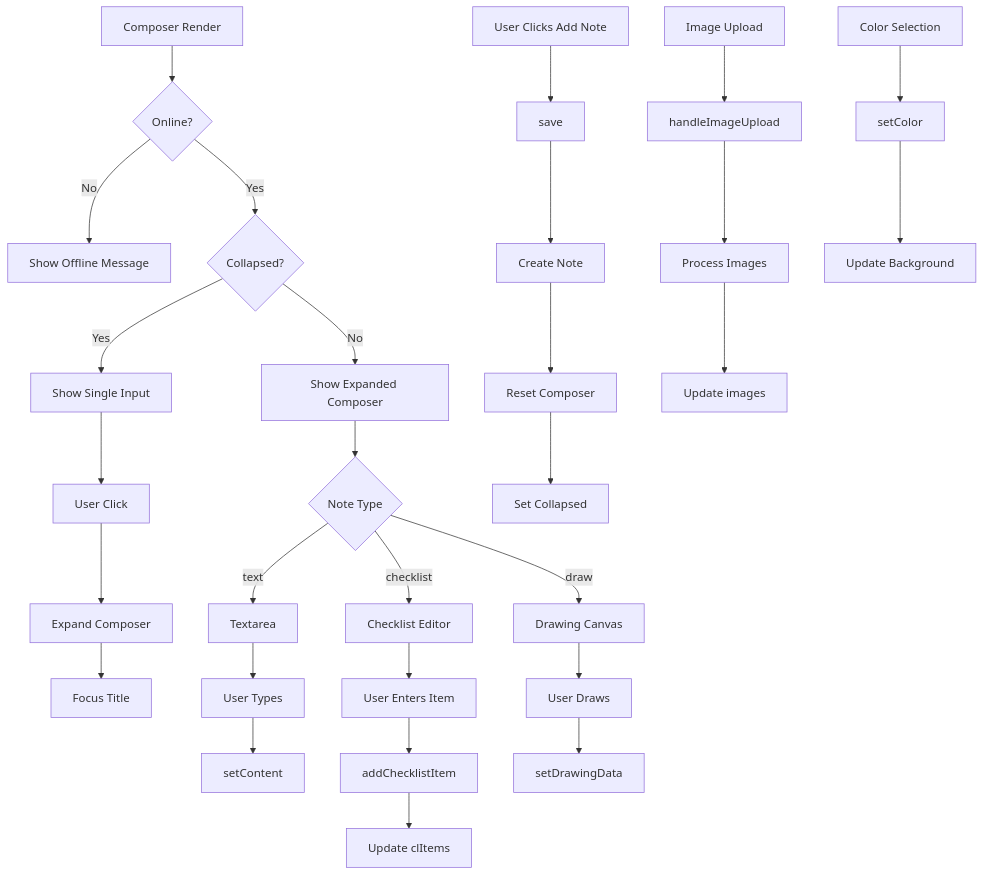
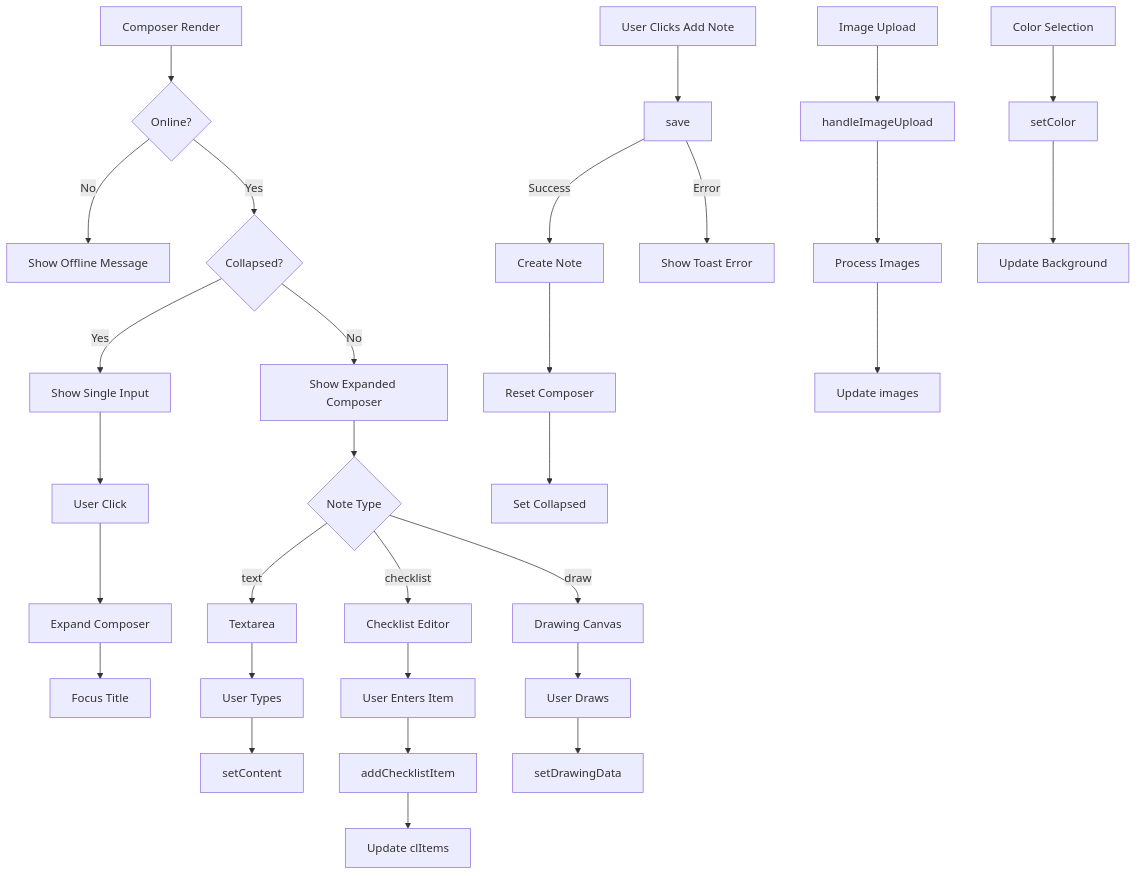
One commit to poziverse/glassy-dash-docs changed the diagram in docs/components/Composer.md. Above: the diagram before and after it, drawn with Mermaid. The commit also changed other lines of this file and 6 other files, not shown here.

````diff
--- a/docs/components/Composer.md
+++ b/docs/components/Composer.md
@@ -663,41 +696,42 @@
 ```mermaid
 graph TD
     A[Composer Render] --> B{Online?}
-    
+
     B -->|No| C[Show Offline Message]
     B -->|Yes| D{Collapsed?}
-    
+
     D -->|Yes| E[Show Single Input]
     E --> F[User Click]
     F --> G[Expand Composer]
     G --> H[Focus Title]
-    
+
     D -->|No| I[Show Expanded Composer]
     I --> J{Note Type}
-    
+
     J -->|text| K[Textarea]
     J -->|checklist| L[Checklist Editor]
     J -->|draw| M[Drawing Canvas]
-    
+
     K --> N[User Types]
     N --> O[setContent]
-    
+
     L --> P[User Enters Item]
     P --> Q[addChecklistItem]
     Q --> R[Update clItems]
-    
+
     M --> S[User Draws]
     S --> T[setDrawingData]
-    
+
     U[User Clicks Add Note] --> V[save]
-    V --> W[Create Note]
+    V -->|Success| W[Create Note]
+    V -->|Error| V1[Show Toast Error]
     W --> X[Reset Composer]
     X --> Y[Set Collapsed]
-    
+
     Z[Image Upload] --> AA[handleImageUpload]
     AA --> AB[Process Images]
     AB --> AC[Update images]
-    
+
     AD[Color Selection] --> AE[setColor]
     AE --> AF[Update Background]
 ```
````
